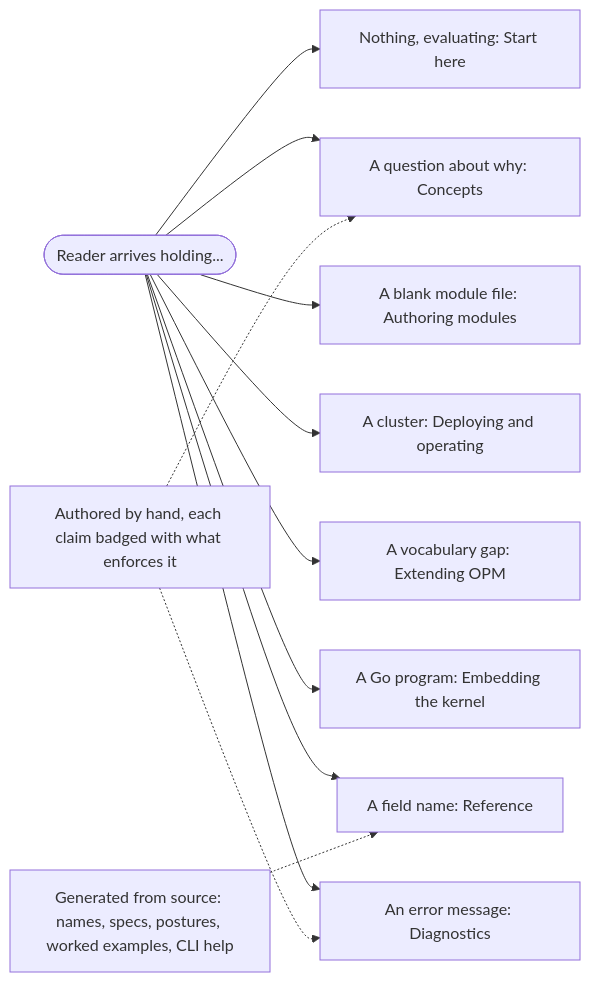
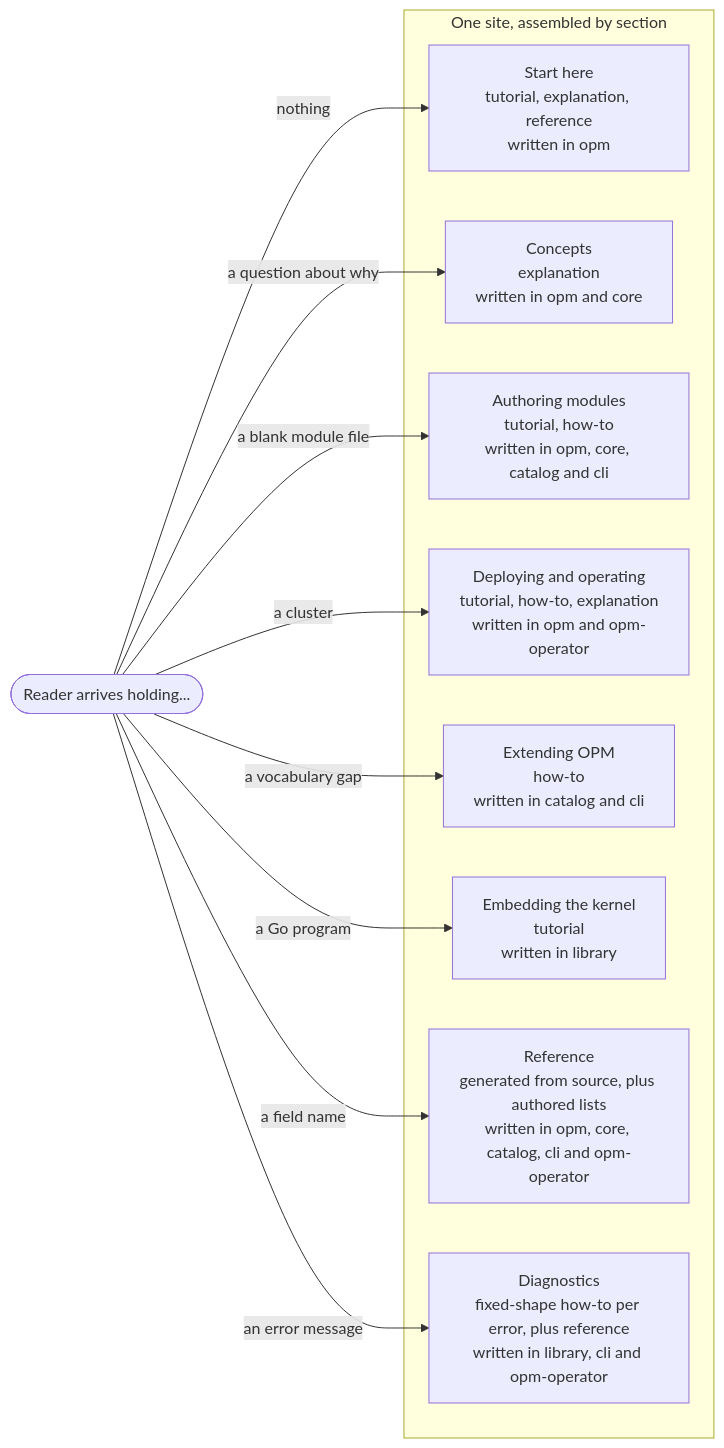
The diagram in 0018/README.md (open-platform-model/enhancements), drawn with Mermaid before and after one commit. The commit also changed other lines of this file, not shown here.

Commit message:
docs(0018): show the documentation structure in the README diagram

````diff
--- a/0018/README.md
+++ b/0018/README.md
@@ -25,14 +25,22 @@
 ```mermaid
 flowchart LR
-    reader(["Reader arrives holding..."]) --> start["Nothing, evaluating: Start here"]
-    reader --> concepts["A question about why: Concepts"]
-    reader --> authoring["A blank module file: Authoring modules"]
-    reader --> deploying["A cluster: Deploying and operating"]
-    reader --> extending["A vocabulary gap: Extending OPM"]
-    reader --> embedding["A Go program: Embedding the kernel"]
-    reader --> reference["A field name: Reference"]
-    reader --> diagnostics["An error message: Diagnostics"]
-    generated["Generated from source: names, specs, postures, worked examples, CLI help"] -.-> reference
-    authored["Authored by hand, each claim badged with what enforces it"] -.-> concepts
-    authored -.-> diagnostics
+    reader(["Reader arrives holding..."])
+    subgraph site ["One site, assembled by section"]
+        sStart["Start here<br/>tutorial, explanation, reference<br/>written in opm"]
+        sConcepts["Concepts<br/>explanation<br/>written in opm and core"]
+        sAuthoring["Authoring modules<br/>tutorial, how-to<br/>written in opm, core, catalog and cli"]
+        sDeploy["Deploying and operating<br/>tutorial, how-to, explanation<br/>written in opm and opm-operator"]
+        sExtending["Extending OPM<br/>how-to<br/>written in catalog and cli"]
+        sEmbedding["Embedding the kernel<br/>tutorial<br/>written in library"]
+        sReference["Reference<br/>generated from source, plus authored lists<br/>written in opm, core, catalog, cli and opm-operator"]
+        sDiagnostics["Diagnostics<br/>fixed-shape how-to per error, plus reference<br/>written in library, cli and opm-operator"]
+    end
+    reader -->|nothing| sStart
+    reader -->|a question about why| sConcepts
+    reader -->|a blank module file| sAuthoring
+    reader -->|a cluster| sDeploy
+    reader -->|a vocabulary gap| sExtending
+    reader -->|a Go program| sEmbedding
+    reader -->|a field name| sReference
+    reader -->|an error message| sDiagnostics
 ```
````
